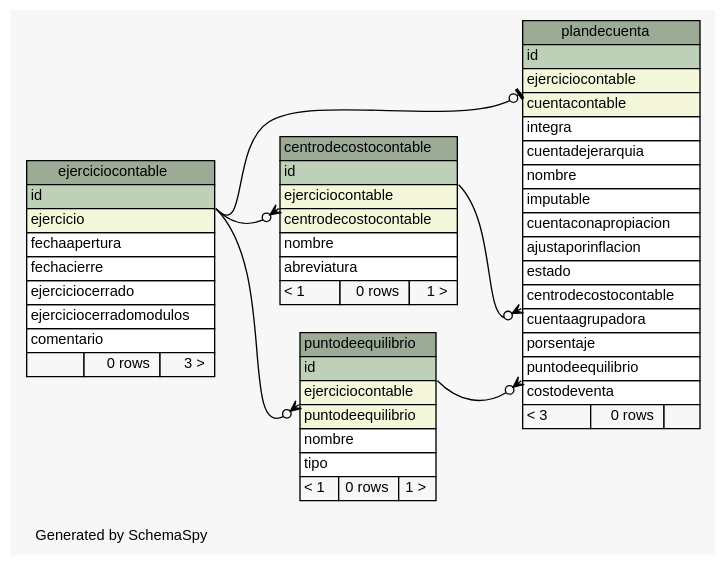
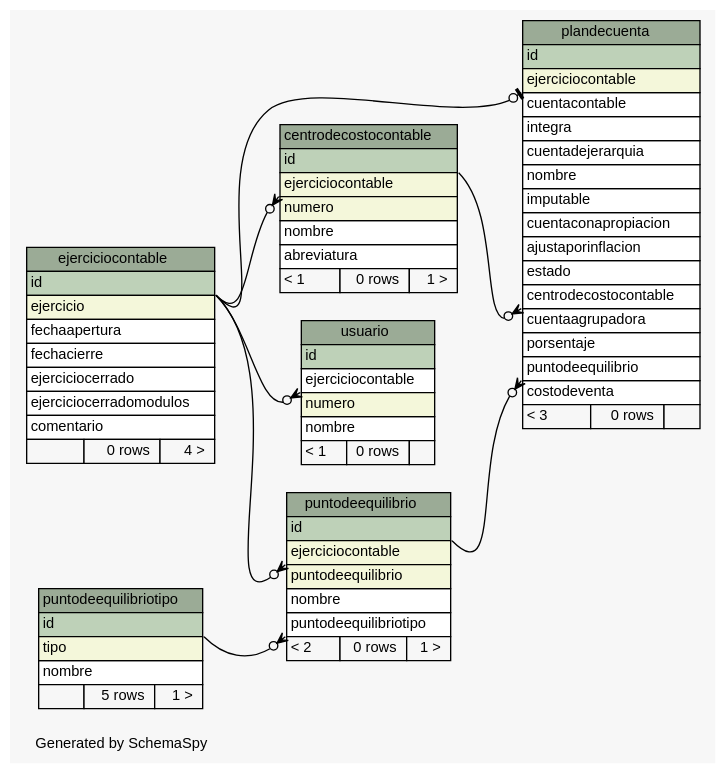
Before and after one commit to sebaalvarez/massoftware: the diagram in sql/postgresql/schemaSpy/salida/diagrams/summary/relationships.real.large.dot, drawn with Graphviz. The commit also changed 152 other files, not shown here.

```diff
--- a/sql/postgresql/schemaSpy/salida/diagrams/summary/relationships.real.large.dot
+++ b/sql/postgresql/schemaSpy/salida/diagrams/summary/relationships.real.large.dot
@@ -1,95 +1,122 @@
 // dot 2.2.1 on Windows 10 10.0
 // SchemaSpy rev 590
 digraph "largeRelationshipsDiagram" {
   graph [
     rankdir="RL"
     bgcolor="#f7f7f7"
     label="\nGenerated by SchemaSpy"
     labeljust="l"
     nodesep="0.18"
     ranksep="0.46"
     fontname="Helvetica"
     fontsize="11"
   ];
   node [
     fontname="Helvetica"
     fontsize="11"
     shape="plaintext"
   ];
   edge [
     arrowsize="0.8"
   ];
   "centrodecostocontable" [
     label=<
     <TABLE BORDER="0" CELLBORDER="1" CELLSPACING="0" BGCOLOR="#ffffff">
       <TR><TD COLSPAN="3" BGCOLOR="#9bab96" ALIGN="CENTER">centrodecostocontable</TD></TR>
       <TR><TD PORT="id" COLSPAN="3" BGCOLOR="#bed1b8" ALIGN="LEFT">id</TD></TR>
       <TR><TD PORT="ejerciciocontable" COLSPAN="3" BGCOLOR="#f4f7da" ALIGN="LEFT">ejerciciocontable</TD></TR>
-      <TR><TD PORT="centrodecostocontable" COLSPAN="3" BGCOLOR="#f4f7da" ALIGN="LEFT">centrodecostocontable</TD></TR>
+      <TR><TD PORT="numero" COLSPAN="3" BGCOLOR="#f4f7da" ALIGN="LEFT">numero</TD></TR>
       <TR><TD PORT="nombre" COLSPAN="3" ALIGN="LEFT">nombre</TD></TR>
       <TR><TD PORT="abreviatura" COLSPAN="3" ALIGN="LEFT">abreviatura</TD></TR>
       <TR><TD ALIGN="LEFT" BGCOLOR="#f7f7f7">&lt; 1</TD><TD ALIGN="RIGHT" BGCOLOR="#f7f7f7">0 rows</TD><TD ALIGN="RIGHT" BGCOLOR="#f7f7f7">1 &gt;</TD></TR>
     </TABLE>>
     URL="tables/centrodecostocontable.html"
     tooltip="centrodecostocontable"
   ];
   "ejerciciocontable" [
     label=<
     <TABLE BORDER="0" CELLBORDER="1" CELLSPACING="0" BGCOLOR="#ffffff">
       <TR><TD COLSPAN="3" BGCOLOR="#9bab96" ALIGN="CENTER">ejerciciocontable</TD></TR>
       <TR><TD PORT="id" COLSPAN="3" BGCOLOR="#bed1b8" ALIGN="LEFT">id</TD></TR>
       <TR><TD PORT="ejercicio" COLSPAN="3" BGCOLOR="#f4f7da" ALIGN="LEFT">ejercicio</TD></TR>
       <TR><TD PORT="fechaapertura" COLSPAN="3" ALIGN="LEFT">fechaapertura</TD></TR>
       <TR><TD PORT="fechacierre" COLSPAN="3" ALIGN="LEFT">fechacierre</TD></TR>
       <TR><TD PORT="ejerciciocerrado" COLSPAN="3" ALIGN="LEFT">ejerciciocerrado</TD></TR>
       <TR><TD PORT="ejerciciocerradomodulos" COLSPAN="3" ALIGN="LEFT">ejerciciocerradomodulos</TD></TR>
       <TR><TD PORT="comentario" COLSPAN="3" ALIGN="LEFT">comentario</TD></TR>
-      <TR><TD ALIGN="LEFT" BGCOLOR="#f7f7f7">  </TD><TD ALIGN="RIGHT" BGCOLOR="#f7f7f7">0 rows</TD><TD ALIGN="RIGHT" BGCOLOR="#f7f7f7">3 &gt;</TD></TR>
+      <TR><TD ALIGN="LEFT" BGCOLOR="#f7f7f7">  </TD><TD ALIGN="RIGHT" BGCOLOR="#f7f7f7">0 rows</TD><TD ALIGN="RIGHT" BGCOLOR="#f7f7f7">4 &gt;</TD></TR>
     </TABLE>>
     URL="tables/ejerciciocontable.html"
     tooltip="ejerciciocontable"
   ];
   "plandecuenta" [
     label=<
     <TABLE BORDER="0" CELLBORDER="1" CELLSPACING="0" BGCOLOR="#ffffff">
       <TR><TD COLSPAN="3" BGCOLOR="#9bab96" ALIGN="CENTER">plandecuenta</TD></TR>
       <TR><TD PORT="id" COLSPAN="3" BGCOLOR="#bed1b8" ALIGN="LEFT">id</TD></TR>
       <TR><TD PORT="ejerciciocontable" COLSPAN="3" BGCOLOR="#f4f7da" ALIGN="LEFT">ejerciciocontable</TD></TR>
-      <TR><TD PORT="cuentacontable" COLSPAN="3" BGCOLOR="#f4f7da" ALIGN="LEFT">cuentacontable</TD></TR>
+      <TR><TD PORT="cuentacontable" COLSPAN="3" ALIGN="LEFT">cuentacontable</TD></TR>
       <TR><TD PORT="integra" COLSPAN="3" ALIGN="LEFT">integra</TD></TR>
       <TR><TD PORT="cuentadejerarquia" COLSPAN="3" ALIGN="LEFT">cuentadejerarquia</TD></TR>
       <TR><TD PORT="nombre" COLSPAN="3" ALIGN="LEFT">nombre</TD></TR>
       <TR><TD PORT="imputable" COLSPAN="3" ALIGN="LEFT">imputable</TD></TR>
       <TR><TD PORT="cuentaconapropiacion" COLSPAN="3" ALIGN="LEFT">cuentaconapropiacion</TD></TR>
       <TR><TD PORT="ajustaporinflacion" COLSPAN="3" ALIGN="LEFT">ajustaporinflacion</TD></TR>
       <TR><TD PORT="estado" COLSPAN="3" ALIGN="LEFT">estado</TD></TR>
       <TR><TD PORT="centrodecostocontable" COLSPAN="3" ALIGN="LEFT">centrodecostocontable</TD></TR>
       <TR><TD PORT="cuentaagrupadora" COLSPAN="3" ALIGN="LEFT">cuentaagrupadora</TD></TR>
       <TR><TD PORT="porsentaje" COLSPAN="3" ALIGN="LEFT">porsentaje</TD></TR>
       <TR><TD PORT="puntodeequilibrio" COLSPAN="3" ALIGN="LEFT">puntodeequilibrio</TD></TR>
       <TR><TD PORT="costodeventa" COLSPAN="3" ALIGN="LEFT">costodeventa</TD></TR>
       <TR><TD ALIGN="LEFT" BGCOLOR="#f7f7f7">&lt; 3</TD><TD ALIGN="RIGHT" BGCOLOR="#f7f7f7">0 rows</TD><TD ALIGN="RIGHT" BGCOLOR="#f7f7f7">  </TD></TR>
     </TABLE>>
     URL="tables/plandecuenta.html"
     tooltip="plandecuenta"
   ];
   "puntodeequilibrio" [
     label=<
     <TABLE BORDER="0" CELLBORDER="1" CELLSPACING="0" BGCOLOR="#ffffff">
       <TR><TD COLSPAN="3" BGCOLOR="#9bab96" ALIGN="CENTER">puntodeequilibrio</TD></TR>
       <TR><TD PORT="id" COLSPAN="3" BGCOLOR="#bed1b8" ALIGN="LEFT">id</TD></TR>
       <TR><TD PORT="ejerciciocontable" COLSPAN="3" BGCOLOR="#f4f7da" ALIGN="LEFT">ejerciciocontable</TD></TR>
       <TR><TD PORT="puntodeequilibrio" COLSPAN="3" BGCOLOR="#f4f7da" ALIGN="LEFT">puntodeequilibrio</TD></TR>
       <TR><TD PORT="nombre" COLSPAN="3" ALIGN="LEFT">nombre</TD></TR>
-      <TR><TD PORT="tipo" COLSPAN="3" ALIGN="LEFT">tipo</TD></TR>
-      <TR><TD ALIGN="LEFT" BGCOLOR="#f7f7f7">&lt; 1</TD><TD ALIGN="RIGHT" BGCOLOR="#f7f7f7">0 rows</TD><TD ALIGN="RIGHT" BGCOLOR="#f7f7f7">1 &gt;</TD></TR>
+      <TR><TD PORT="puntodeequilibriotipo" COLSPAN="3" ALIGN="LEFT">puntodeequilibriotipo</TD></TR>
+      <TR><TD ALIGN="LEFT" BGCOLOR="#f7f7f7">&lt; 2</TD><TD ALIGN="RIGHT" BGCOLOR="#f7f7f7">0 rows</TD><TD ALIGN="RIGHT" BGCOLOR="#f7f7f7">1 &gt;</TD></TR>
     </TABLE>>
     URL="tables/puntodeequilibrio.html"
     tooltip="puntodeequilibrio"
+  ];
+  "puntodeequilibriotipo" [
+    label=<
+    <TABLE BORDER="0" CELLBORDER="1" CELLSPACING="0" BGCOLOR="#ffffff">
+      <TR><TD COLSPAN="3" BGCOLOR="#9bab96" ALIGN="CENTER">puntodeequilibriotipo</TD></TR>
+      <TR><TD PORT="id" COLSPAN="3" BGCOLOR="#bed1b8" ALIGN="LEFT">id</TD></TR>
+      <TR><TD PORT="tipo" COLSPAN="3" BGCOLOR="#f4f7da" ALIGN="LEFT">tipo</TD></TR>
+      <TR><TD PORT="nombre" COLSPAN="3" ALIGN="LEFT">nombre</TD></TR>
+      <TR><TD ALIGN="LEFT" BGCOLOR="#f7f7f7">  </TD><TD ALIGN="RIGHT" BGCOLOR="#f7f7f7">5 rows</TD><TD ALIGN="RIGHT" BGCOLOR="#f7f7f7">1 &gt;</TD></TR>
+    </TABLE>>
+    URL="tables/puntodeequilibriotipo.html"
+    tooltip="puntodeequilibriotipo"
+  ];
+  "usuario" [
+    label=<
+    <TABLE BORDER="0" CELLBORDER="1" CELLSPACING="0" BGCOLOR="#ffffff">
+      <TR><TD COLSPAN="3" BGCOLOR="#9bab96" ALIGN="CENTER">usuario</TD></TR>
+      <TR><TD PORT="id" COLSPAN="3" BGCOLOR="#bed1b8" ALIGN="LEFT">id</TD></TR>
+      <TR><TD PORT="ejerciciocontable" COLSPAN="3" ALIGN="LEFT">ejerciciocontable</TD></TR>
+      <TR><TD PORT="numero" COLSPAN="3" BGCOLOR="#f4f7da" ALIGN="LEFT">numero</TD></TR>
+      <TR><TD PORT="nombre" COLSPAN="3" ALIGN="LEFT">nombre</TD></TR>
+      <TR><TD ALIGN="LEFT" BGCOLOR="#f7f7f7">&lt; 1</TD><TD ALIGN="RIGHT" BGCOLOR="#f7f7f7">0 rows</TD><TD ALIGN="RIGHT" BGCOLOR="#f7f7f7">  </TD></TR>
+    </TABLE>>
+    URL="tables/usuario.html"
+    tooltip="usuario"
   ];
   "centrodecostocontable":"ejerciciocontable":sw -> "ejerciciocontable":"id":se [arrowhead=none dir=back arrowtail=crowodot];
   "plandecuenta":"centrodecostocontable":sw -> "centrodecostocontable":"id":se [arrowhead=none dir=back arrowtail=crowodot];
   "plandecuenta":"ejerciciocontable":sw -> "ejerciciocontable":"id":se [arrowhead=none dir=back arrowtail=teeodot];
   "plandecuenta":"puntodeequilibrio":sw -> "puntodeequilibrio":"id":se [arrowhead=none dir=back arrowtail=crowodot];
   "puntodeequilibrio":"ejerciciocontable":sw -> "ejerciciocontable":"id":se [arrowhead=none dir=back arrowtail=crowodot];
+  "puntodeequilibrio":"puntodeequilibriotipo":sw -> "puntodeequilibriotipo":"id":se [arrowhead=none dir=back arrowtail=crowodot];
+  "usuario":"ejerciciocontable":sw -> "ejerciciocontable":"id":se [arrowhead=none dir=back arrowtail=crowodot];
 }
```
